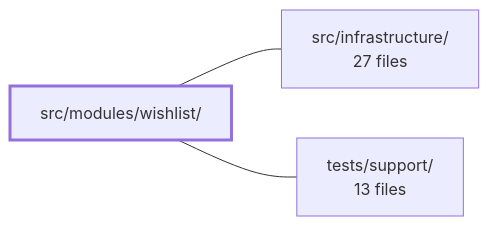
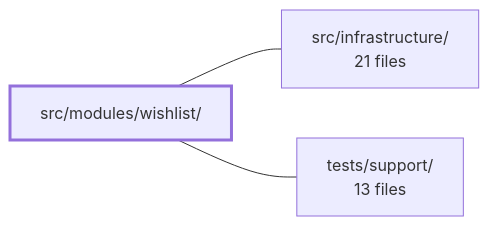
One commit to Guebbit/boilerplate-vue-frontend changed the diagram in .2repo/modules/boilerplate-vue-frontend_src_modules_wishlist.md. Above: the diagram before and after it, drawn with Mermaid. The commit also changed other lines of this file and 335 other files, not shown here.

````diff
--- a/.2repo/modules/boilerplate-vue-frontend_src_modules_wishlist.md
+++ b/.2repo/modules/boilerplate-vue-frontend_src_modules_wishlist.md
@@ -36,9 +39,9 @@
 ```mermaid
 flowchart LR
     m_src_modules_wishlist["src/modules/wishlist/"]
-    m_src_infrastructure["src/infrastructure/<br/>27 files"]
+    m_src_infrastructure["src/infrastructure/<br/>21 files"]
     m_tests_support["tests/support/<br/>13 files"]
     m_src_modules_wishlist --- m_src_infrastructure
     m_src_modules_wishlist --- m_tests_support
     style m_src_modules_wishlist stroke-width:3px
 ```
````
